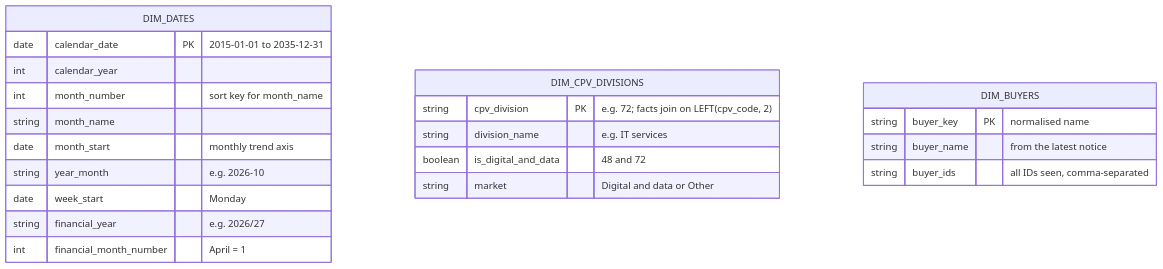
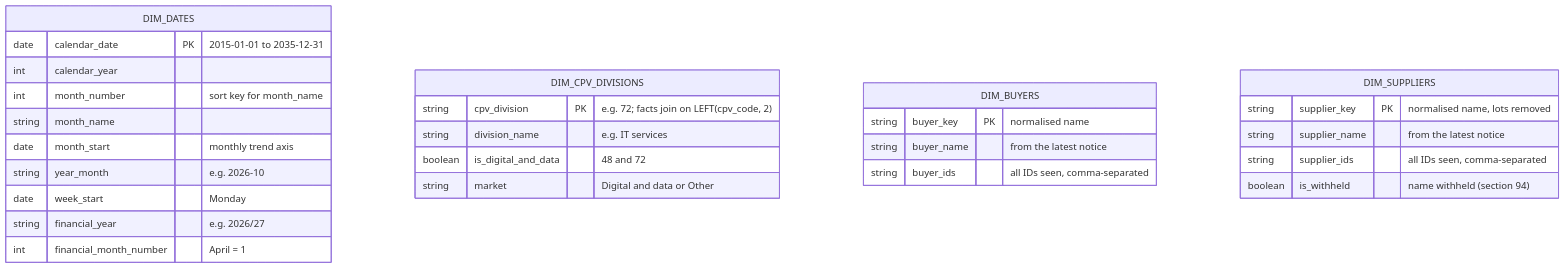
The diagram in docs/diagrams/marts-erd.md (jacekjastrzebski/uk-tenders-dbt-snowflake), drawn with Mermaid before and after one commit. The commit also changed other lines of this file and 6 other files, not shown here.

First line of the commit message:
Add dim_suppliers and strip lot numbers from organisation names

````diff
--- a/docs/diagrams/marts-erd.md
+++ b/docs/diagrams/marts-erd.md
@@ -5,25 +5,31 @@
 ```mermaid
 erDiagram
     DIM_DATES {
         date calendar_date PK "2015-01-01 to 2035-12-31"
         int calendar_year
         int month_number "sort key for month_name"
         string month_name
         date month_start "monthly trend axis"
         string year_month "e.g. 2026-10"
         date week_start "Monday"
         string financial_year "e.g. 2026/27"
         int financial_month_number "April = 1"
     }
     DIM_CPV_DIVISIONS {
         string cpv_division PK "e.g. 72; facts join on LEFT(cpv_code, 2)"
         string division_name "e.g. IT services"
         boolean is_digital_and_data "48 and 72"
         string market "Digital and data or Other"
     }
     DIM_BUYERS {
         string buyer_key PK "normalised name"
         string buyer_name "from the latest notice"
         string buyer_ids "all IDs seen, comma-separated"
     }
+    DIM_SUPPLIERS {
+        string supplier_key PK "normalised name, lots removed"
+        string supplier_name "from the latest notice"
+        string supplier_ids "all IDs seen, comma-separated"
+        boolean is_withheld "name withheld (section 94)"
+    }
 ```
````
